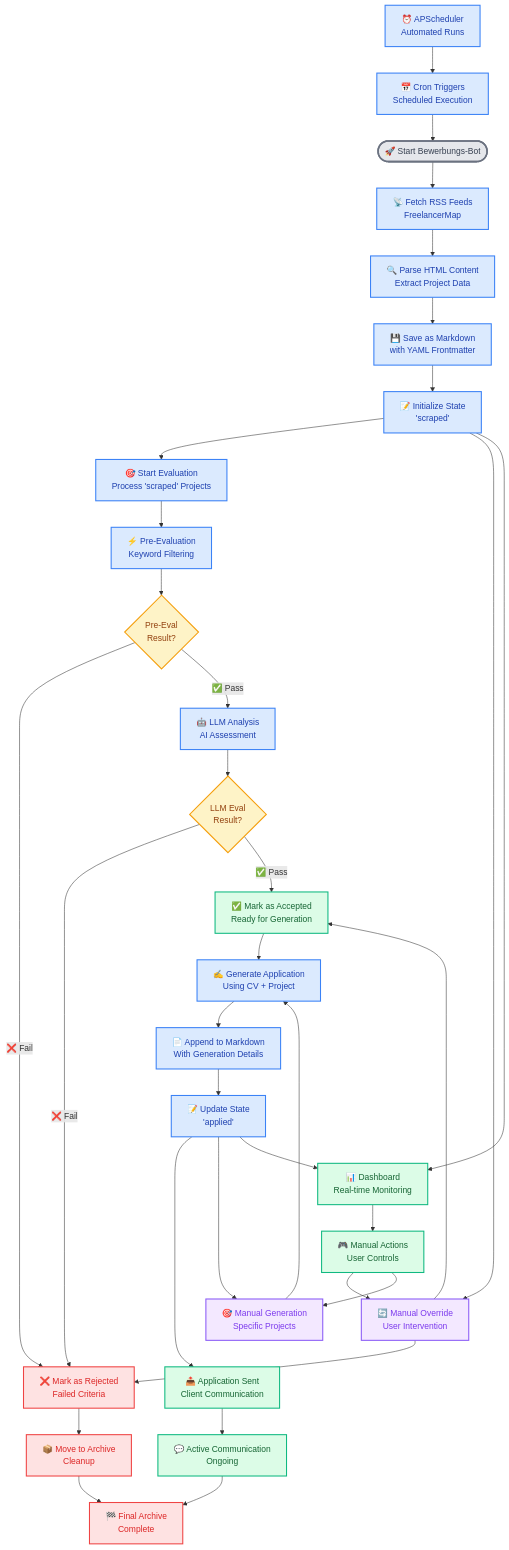
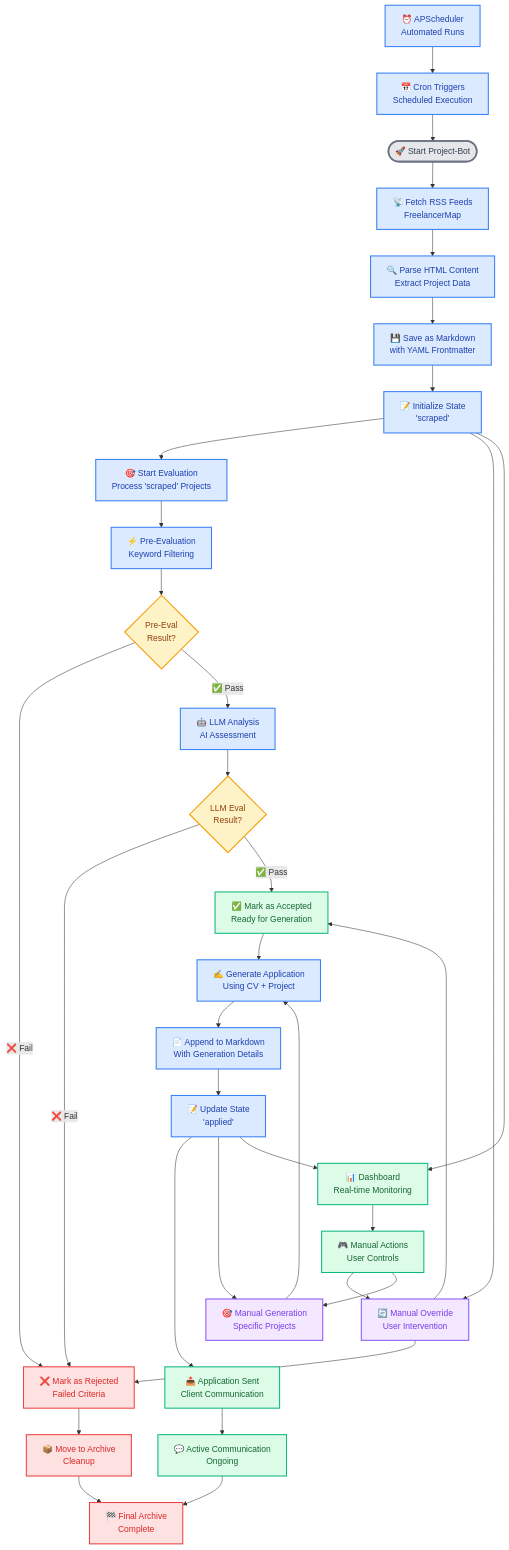
One commit to andreaswittmann/project-bot changed the sixth of 7 diagrams in architecture.md. Above: the diagram before and after it, drawn with Mermaid. The commit also changed other lines of this file, not shown here.

Commit message:
Add deployment diagram and update project name to Project-Bot

```diff
--- a/architecture.md
+++ b/architecture.md
@@ -431,7 +431,7 @@
     classDef final fill:#f3f4f6,stroke:#6b7280,stroke-width:2px,color:#374151
 
     %% Start
-    START([🚀 Start Bewerbungs-Bot])
+    START([🚀 Start Project-Bot])
 
     %% RSS Processing Phase
     RSS[📡 Fetch RSS Feeds<br/>FreelancerMap]
```
